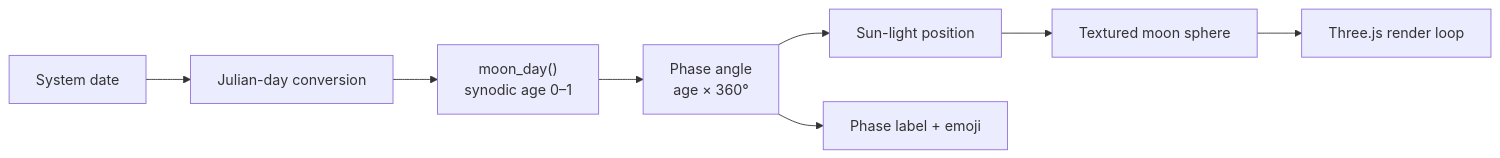
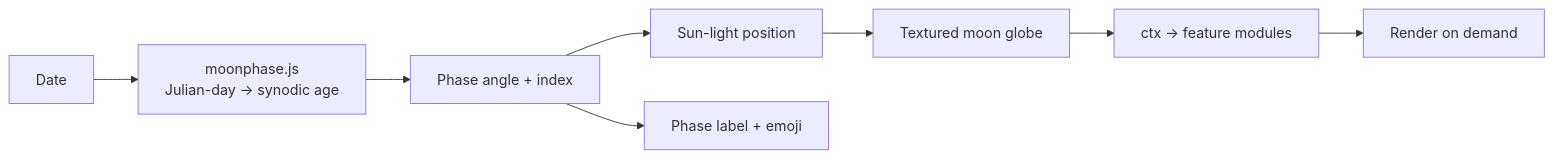
The diagram in README.md (bhoot1234567890/Moon-Phase-3D), drawn with Mermaid before and after one commit. The commit also changed other lines of this file and 1 other file, not shown here.

````diff
--- a/README.md
+++ b/README.md
@@ -52,10 +73,10 @@
 ```mermaid
 flowchart LR
-    A[System date] --> B[Julian-day conversion]
-    B --> C["moon_day()<br/>synodic age 0–1"]
-    C --> D["Phase angle<br/>age × 360°"]
-    D --> E[Sun-light position]
-    D --> F[Phase label + emoji]
-    E --> G[Textured moon sphere]
-    G --> H[Three.js render loop]
+    A[Date] --> B["moonphase.js<br/>Julian-day → synodic age"]
+    B --> C["Phase angle + index"]
+    C --> D[Sun-light position]
+    C --> E[Phase label + emoji]
+    D --> F[Textured moon globe]
+    F --> G["ctx → feature modules"]
+    G --> H[Render on demand]
 ```
````
